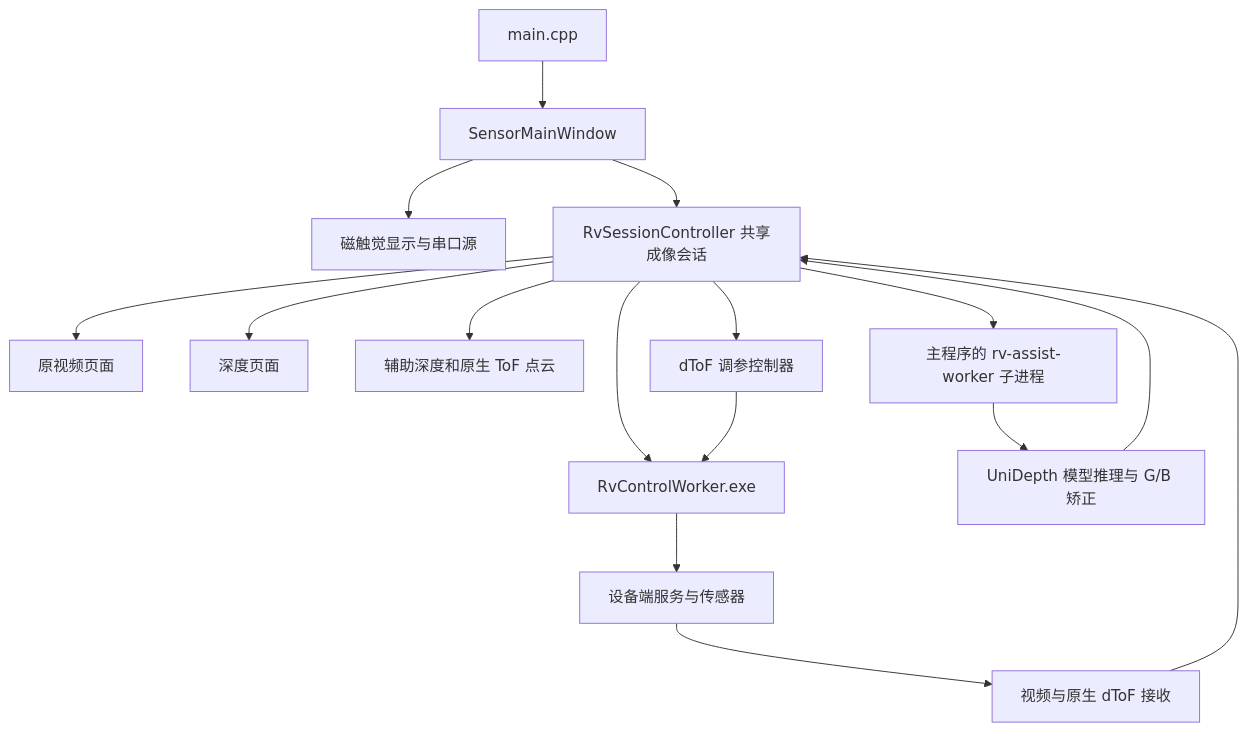
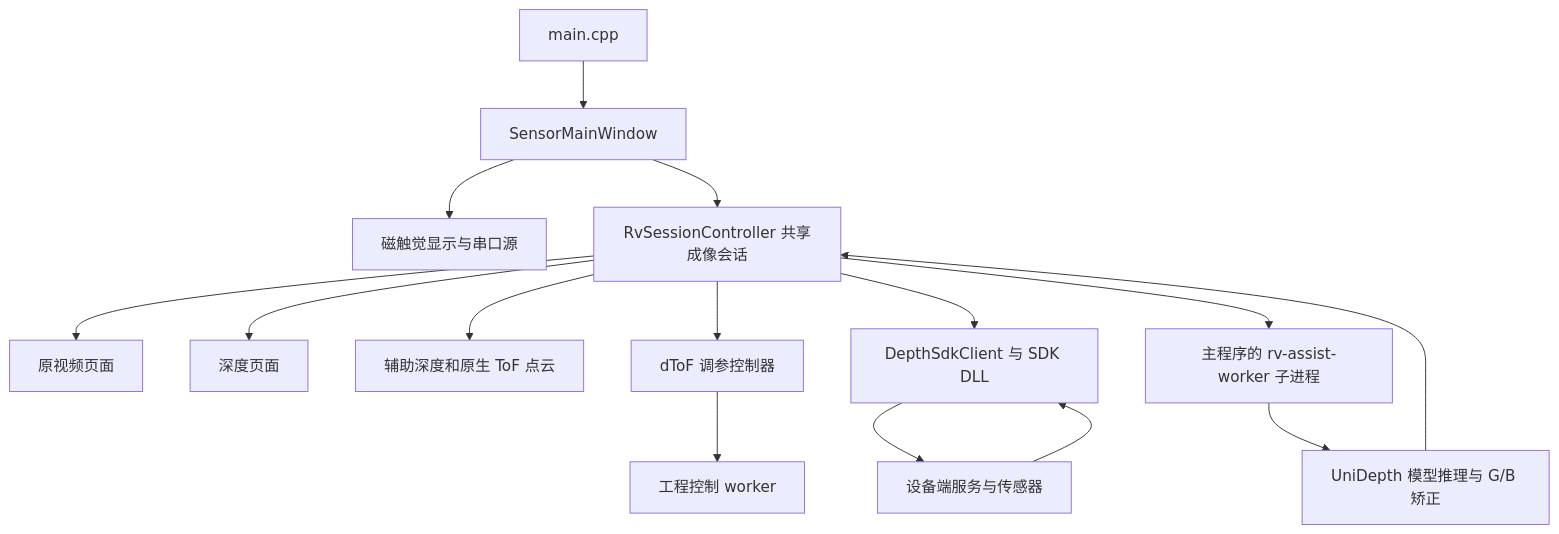
One commit to QinChen1998/depth-camera-and-tactile-sensor changed the diagram in docs/ARCHITECTURE.md. Above: the diagram before and after it, drawn with Mermaid. The commit also changed other lines of this file and 75 other files, not shown here.

````diff
--- a/docs/ARCHITECTURE.md
+++ b/docs/ARCHITECTURE.md
@@ -28,18 +26,17 @@
 ```mermaid
 flowchart TD
     Main[main.cpp] --> Window[SensorMainWindow]
     Window --> Tactile[磁触觉显示与串口源]
     Window --> Session[RvSessionController 共享成像会话]
     Session --> Camera[原视频页面]
     Session --> Depth[深度页面]
     Session --> PointCloud[辅助深度和原生 ToF 点云]
     Session --> Tuner[dToF 调参控制器]
-    Session --> Control[RvControlWorker.exe]
-    Tuner --> Control
-    Control --> Board[设备端服务与传感器]
-    Board --> Streams[视频与原生 dToF 接收]
-    Streams --> Session
+    Session --> Sdk[DepthSdkClient 与 SDK DLL]
+    Sdk --> Board[设备端服务与传感器]
+    Board --> Sdk
+    Tuner --> Control[工程控制 worker]
     Session --> Assist[主程序的 rv-assist-worker 子进程]
     Assist --> ORT[UniDepth 模型推理与 G/B 矫正]
     ORT --> Session
 ```
````
